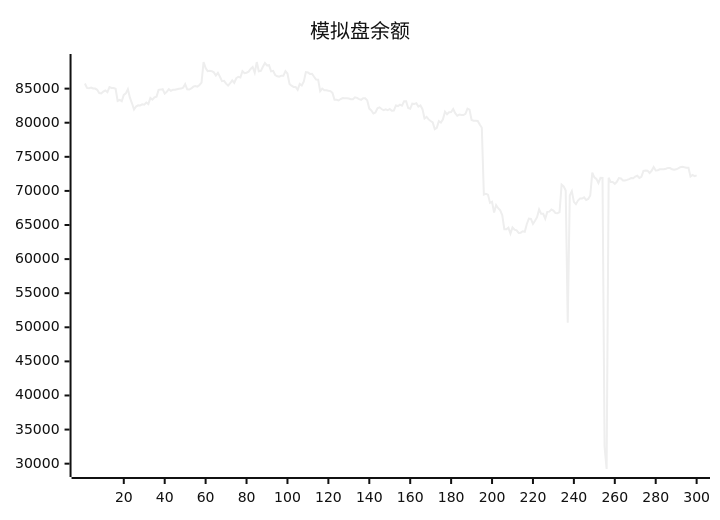
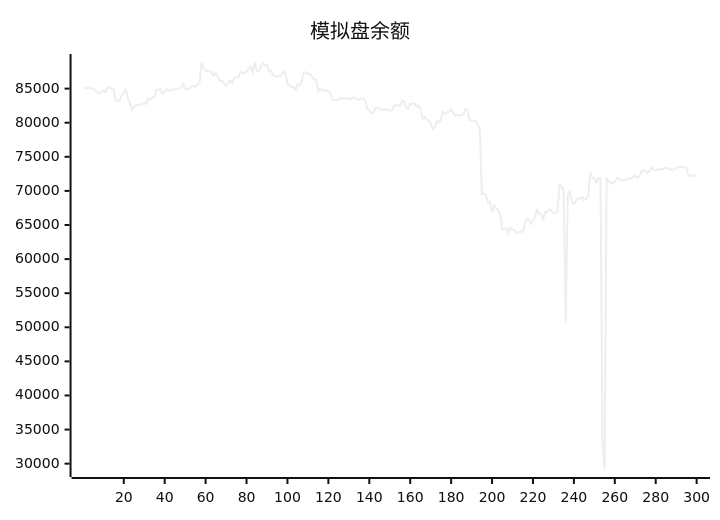
The diagram in README.md (aahl/ai-trading), drawn with Mermaid (neutral theme) before and after one commit. The commit also changed other lines of this file and 1 other file, not shown here.

````diff
--- a/README.md
+++ b/README.md
@@ -5,5 +5,5 @@
 ```mermaid
 xychart
     title "模拟盘余额"
-    line [85749,85111,85044,85164,85016,85008,84824,84354,84287,84572,84745,84500,85234,85096,85095,84970,83180,83338,83157,84070,84309,84922,83667,82850,81924,82369,82552,82539,82695,82648,82962,82728,83619,83378,83710,83825,84819,84854,84917,84265,84527,84919,84668,84834,84850,84916,84981,85004,85131,85674,84891,84864,85019,85284,85393,85294,85538,85894,88904,88012,87567,87625,87568,87386,86920,87313,86737,86094,86143,85725,85437,85787,86219,85859,86526,86740,86630,87563,87264,87335,87483,87886,88180,87335,88894,87544,87608,88207,88755,88401,88444,87543,87608,87000,86810,86740,86894,86884,87576,87209,85686,85435,85251,85255,84820,85689,85453,86066,87420,87373,87161,87178,86740,86341,86315,84643,85012,84772,84768,84690,84635,84376,83360,83357,83259,83474,83608,83606,83602,83548,83440,83454,83724,83644,83464,83365,83590,83592,83275,82072,81806,81344,81492,82109,82254,82006,81848,81955,81829,82022,81769,81776,82522,82441,82656,82498,83144,83144,82150,82038,82797,82763,82872,82367,82536,81981,80612,80862,80484,80242,80034,79063,79245,80226,80016,80507,81625,81233,81544,81578,82016,81401,81019,81186,81130,81118,81306,82066,81909,80392,80304,80291,80258,79729,79261,69466,69579,69456,68251,68415,66832,67911,67462,67144,66432,64380,64375,64606,63740,64647,64324,64216,63842,63877,64078,64008,65156,65945,65888,65157,65625,66144,67284,66653,66639,65924,66925,66956,67263,67108,66766,66729,66886,70927,70673,70049,50652,69334,69973,68400,68061,68578,68876,68879,69055,68662,68822,69329,72687,71999,71760,71162,71911,71896,32500,29218,71927,71297,71305,71044,71337,71883,71822,71536,71536,71622,71723,71880,71860,72100,72216,71887,72077,72940,72976,72966,72638,72948,73497,73004,73041,73173,73160,73186,73258,73375,73351,73173,73098,73161,73305,73474,73536,73457,73413,73412,72100,72333,72164,72272]
+    line [85111,85044,85164,85016,85008,84824,84354,84287,84572,84745,84500,85234,85096,85095,84970,83180,83338,83157,84070,84309,84922,83667,82850,81924,82369,82552,82539,82695,82648,82962,82728,83619,83378,83710,83825,84819,84854,84917,84265,84527,84919,84668,84834,84850,84916,84981,85004,85131,85674,84891,84864,85019,85284,85393,85294,85538,85894,88904,88012,87567,87625,87568,87386,86920,87313,86737,86094,86143,85725,85437,85787,86219,85859,86526,86740,86630,87563,87264,87335,87483,87886,88180,87335,88894,87544,87608,88207,88755,88401,88444,87543,87608,87000,86810,86740,86894,86884,87576,87209,85686,85435,85251,85255,84820,85689,85453,86066,87420,87373,87161,87178,86740,86341,86315,84643,85012,84772,84768,84690,84635,84376,83360,83357,83259,83474,83608,83606,83602,83548,83440,83454,83724,83644,83464,83365,83590,83592,83275,82072,81806,81344,81492,82109,82254,82006,81848,81955,81829,82022,81769,81776,82522,82441,82656,82498,83144,83144,82150,82038,82797,82763,82872,82367,82536,81981,80612,80862,80484,80242,80034,79063,79245,80226,80016,80507,81625,81233,81544,81578,82016,81401,81019,81186,81130,81118,81306,82066,81909,80392,80304,80291,80258,79729,79261,69466,69579,69456,68251,68415,66832,67911,67462,67144,66432,64380,64375,64606,63740,64647,64324,64216,63842,63877,64078,64008,65156,65945,65888,65157,65625,66144,67284,66653,66639,65924,66925,66956,67263,67108,66766,66729,66886,70927,70673,70049,50652,69334,69973,68400,68061,68578,68876,68879,69055,68662,68822,69329,72687,71999,71760,71162,71911,71896,32500,29218,71927,71297,71305,71044,71337,71883,71822,71536,71536,71622,71723,71880,71860,72100,72216,71887,72077,72940,72976,72966,72638,72948,73497,73004,73041,73173,73160,73186,73258,73375,73351,73173,73098,73161,73305,73474,73536,73457,73413,73412,72100,72333,72164,72272,72204]
 ```
````
